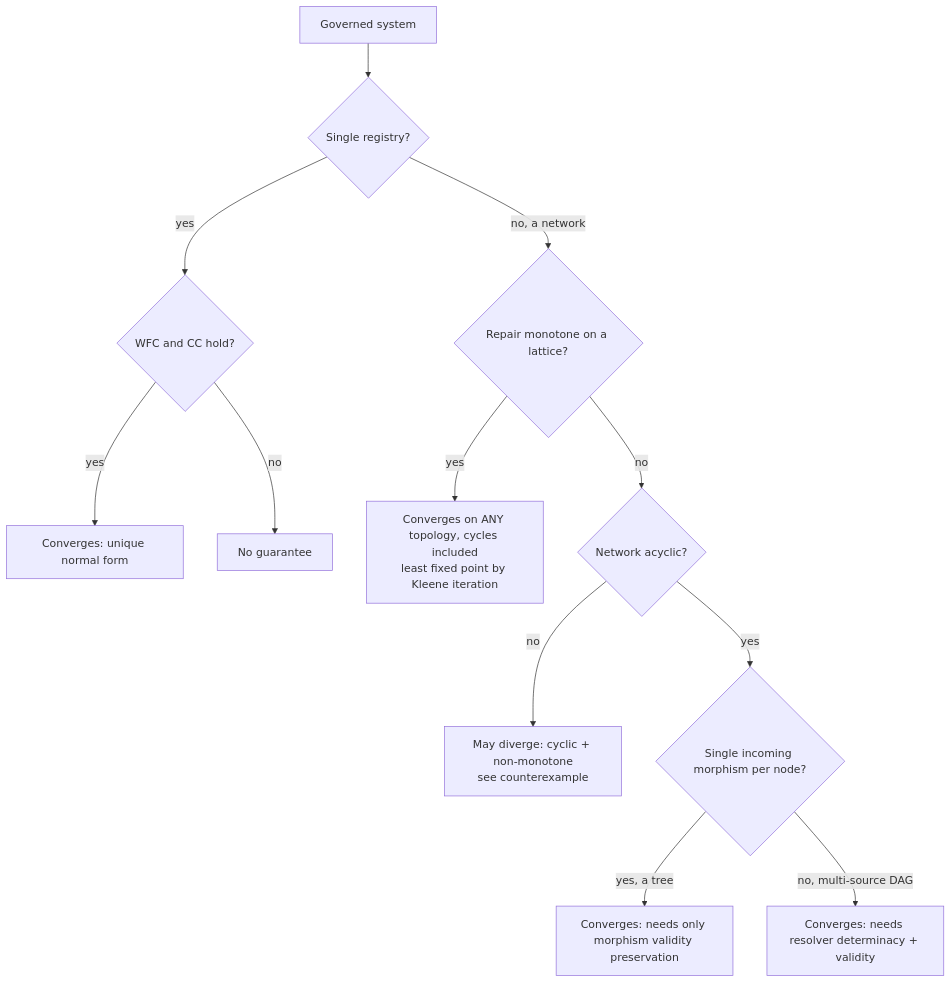
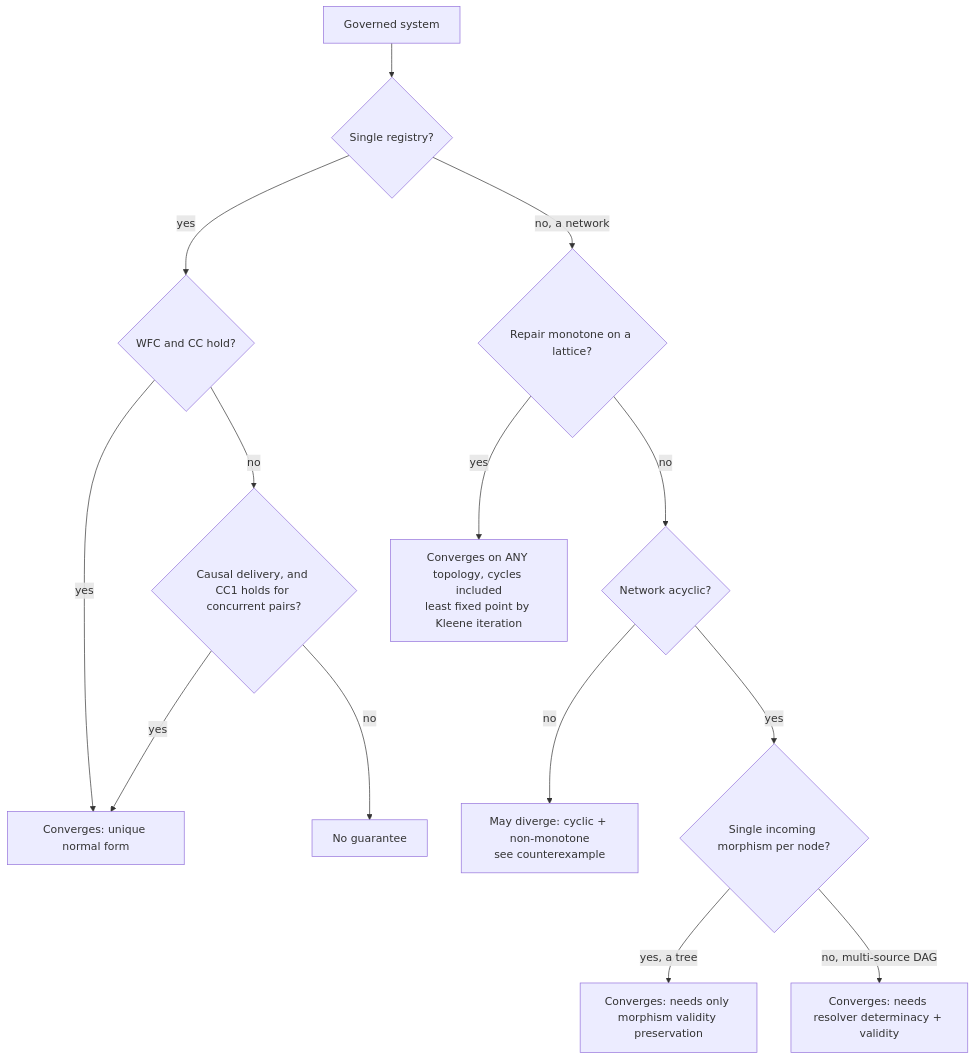
The diagram in REGIMES.md (blackwell-systems/normalization-confluence), drawn with Mermaid before and after one commit. The commit also changed other lines of this file and 3 other files, not shown here.

Commit message:
docs: add causal-delivery regime and op-based CRDT exactness to REGIMES, categorical notes, and paper

````diff
--- a/REGIMES.md
+++ b/REGIMES.md
@@ -60,14 +75,16 @@
 ```mermaid
 flowchart TD
   A[Governed system] --> B{Single registry?}
   B -- yes --> C{WFC and CC hold?}
   C -- yes --> C1[Converges: unique normal form]
-  C -- no --> C2[No guarantee]
+  C -- no --> C0{Causal delivery, and CC1 holds for concurrent pairs?}
+  C0 -- yes --> C1
+  C0 -- no --> C2[No guarantee]
   B -- no, a network --> D{Repair monotone on a lattice?}
   D -- yes --> D1[Converges on ANY topology, cycles included<br/>least fixed point by Kleene iteration]
   D -- no --> E{Network acyclic?}
   E -- no --> E0[May diverge: cyclic + non-monotone<br/>see counterexample]
   E -- yes --> F{Single incoming morphism per node?}
   F -- yes, a tree --> F1[Converges: needs only morphism validity preservation]
   F -- no, multi-source DAG --> F2[Converges: needs resolver determinacy + validity]
 ```
````
